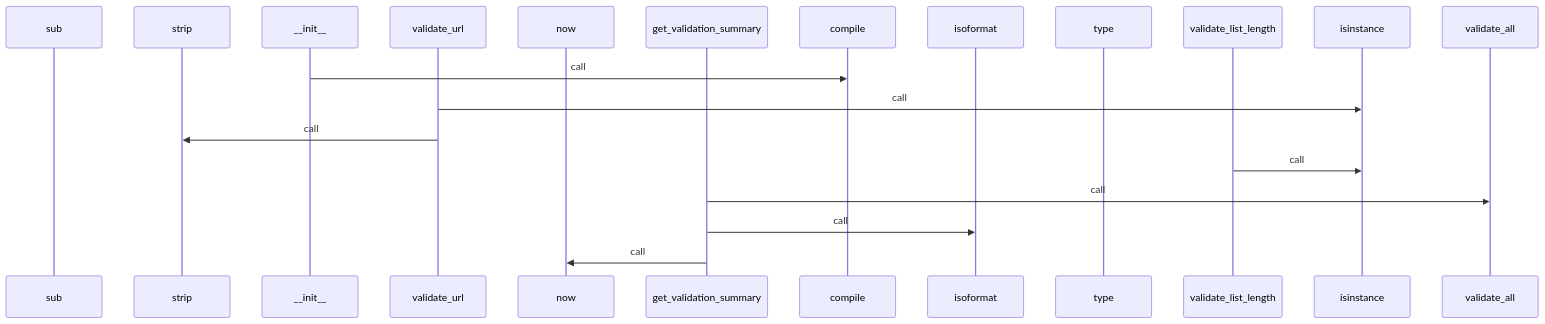
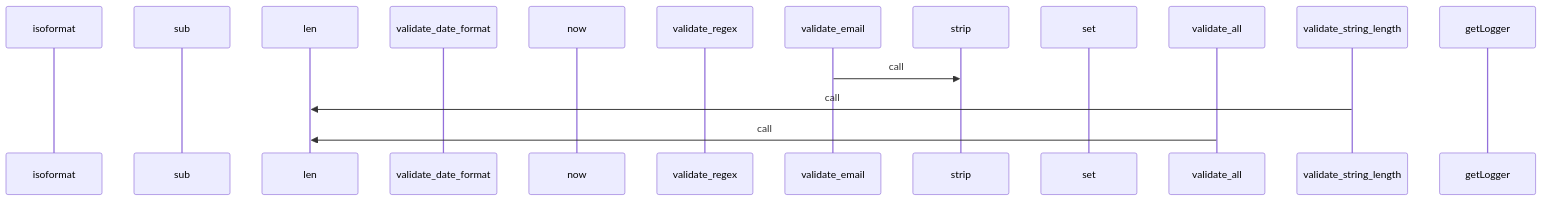
One commit to yeonjae-personal/codemuse-backend changed the third of 4 diagrams in generated_docs/rule_analyzer/shared/utils/validation.md. Above: the diagram before and after it, drawn with Mermaid. The commit also changed other lines of this file and 3991 other files, not shown here.

First line of the commit message:
feat: 워크플로우 개선 및 핵심 문서 자동 생성 구현

````diff
--- a/generated_docs/rule_analyzer/shared/utils/validation.md
+++ b/generated_docs/rule_analyzer/shared/utils/validation.md
@@ -218,22 +218,18 @@
 ```mermaid
 sequenceDiagram
+  participant isoformat as isoformat
   participant sub as sub
+  participant len as len
+  participant validate_date_format as validate_date_format
+  participant now as now
+  participant validate_regex as validate_regex
+  participant validate_email as validate_email
   participant strip as strip
-  participant __init__ as __init__
-  participant validate_url as validate_url
-  participant now as now
-  participant get_validation_summary as get_validation_summary
-  participant compile as compile
-  participant isoformat as isoformat
-  participant type as type
-  participant validate_list_length as validate_list_length
-  participant isinstance as isinstance
+  participant set as set
   participant validate_all as validate_all
-  __init__->>compile: call
-  validate_url->>isinstance: call
-  validate_url->>strip: call
-  validate_list_length->>isinstance: call
-  get_validation_summary->>validate_all: call
-  get_validation_summary->>isoformat: call
-  get_validation_summary->>now: call
+  participant validate_string_length as validate_string_length
+  participant getLogger as getLogger
+  validate_email->>strip: call
+  validate_string_length->>len: call
+  validate_all->>len: call
 ```
````
